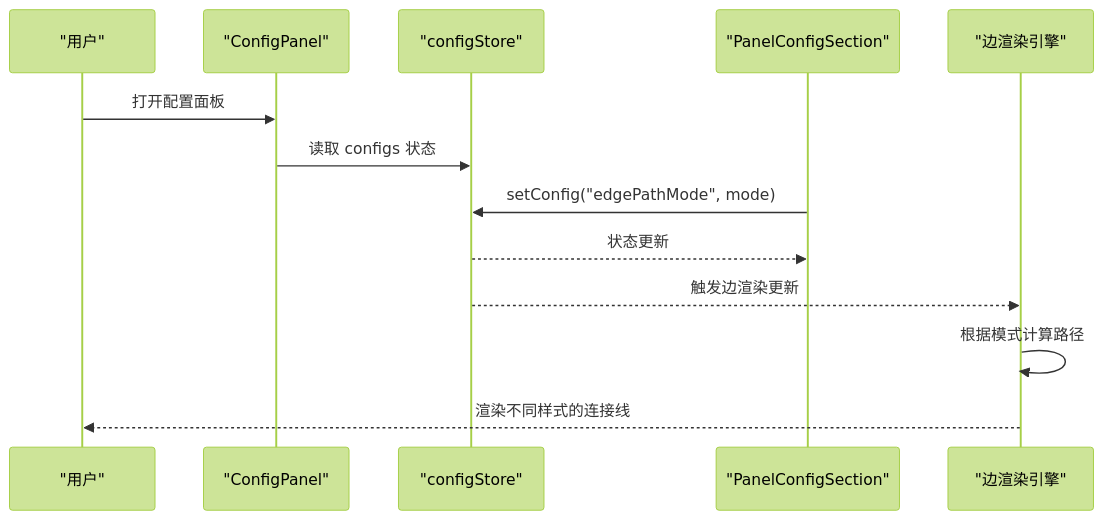
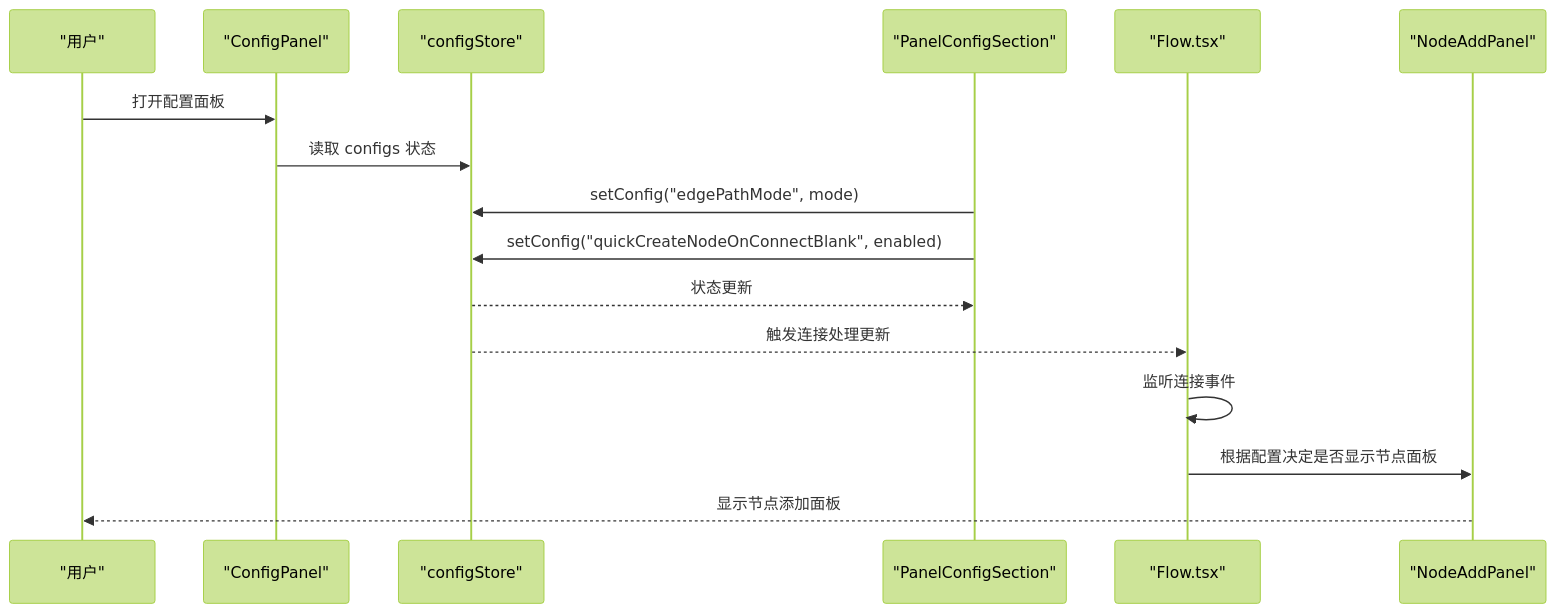
One commit to kqcoxn/MaaPipelineEditor changed the second of 4 diagrams in .qoder/repowiki/zh/content/用户界面/面板系统/配置面板/配置面板.md. Above: the diagram before and after it, drawn with Mermaid (forest theme). The commit also changed other lines of this file and 22 other files, not shown here.

````diff
--- a/.qoder/repowiki/zh/content/用户界面/面板系统/配置面板/配置面板.md
+++ b/.qoder/repowiki/zh/content/用户界面/面板系统/配置面板/配置面板.md
@@ -129,15 +145,18 @@
 ```mermaid
 sequenceDiagram
 participant U as "用户"
 participant CP as "ConfigPanel"
 participant CS as "configStore"
 participant PC as "PanelConfigSection"
-participant ED as "边渲染引擎"
+participant FLOW as "Flow.tsx"
+participant NAP as "NodeAddPanel"
 U->>CP : 打开配置面板
 CP->>CS : 读取 configs 状态
 PC->>CS : setConfig("edgePathMode", mode)
+PC->>CS : setConfig("quickCreateNodeOnConnectBlank", enabled)
 CS-->>PC : 状态更新
-CS-->>ED : 触发边渲染更新
-ED->>ED : 根据模式计算路径
-ED-->>U : 渲染不同样式的连接线
+CS-->>FLOW : 触发连接处理更新
+FLOW->>FLOW : 监听连接事件
+FLOW->>NAP : 根据配置决定是否显示节点面板
+NAP-->>U : 显示节点添加面板
 ```
````
